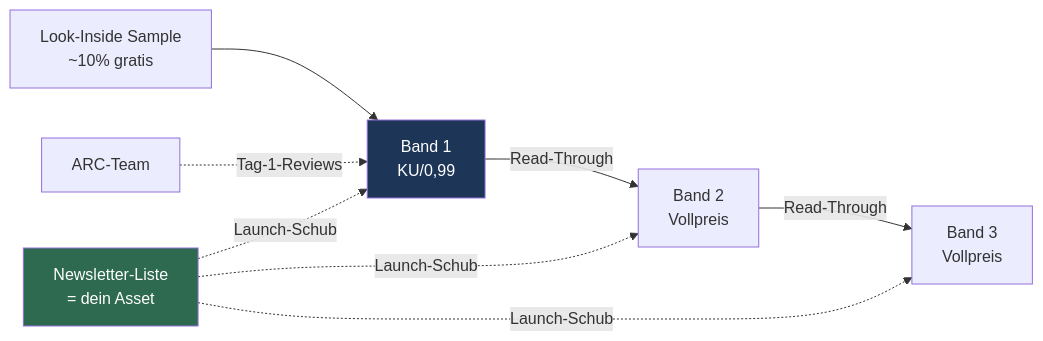
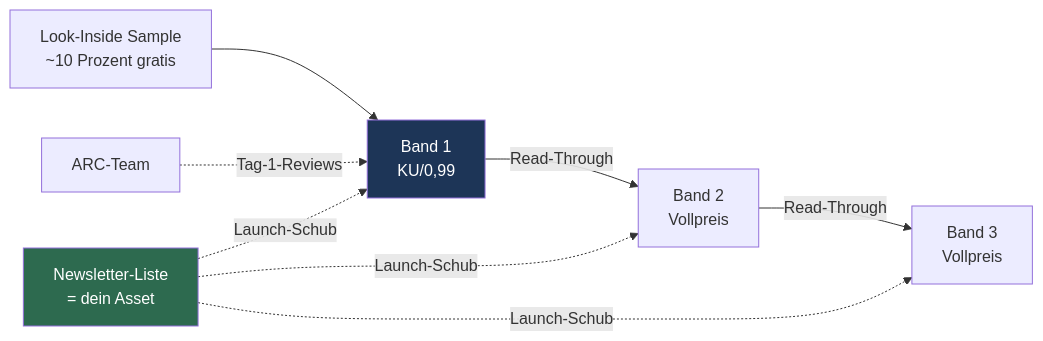
One commit to DerGuru/ThePounty changed the diagram in 06 - KDP/Strategy.md. Above: the diagram before and after it, drawn with Mermaid. The commit also changed other lines of this file and 62 other files, not shown here.

````diff
--- a/06 - KDP/Strategy.md
+++ b/06 - KDP/Strategy.md
@@ -33,12 +33,12 @@
 ```mermaid
 flowchart LR
-    A[Look-Inside Sample<br/>~10% gratis] --> B[Band 1<br/>KU/0,99]
+    A[Look-Inside Sample<br/>~10 Prozent gratis] --> B[Band 1<br/>KU/0,99]
     B -->|Read-Through| C[Band 2<br/>Vollpreis]
     C -->|Read-Through| D[Band 3<br/>Vollpreis]
     N[Newsletter-Liste<br/>= dein Asset] -.Launch-Schub.-> B
     N -.Launch-Schub.-> C
     N -.Launch-Schub.-> D
     ARC[ARC-Team] -.Tag-1-Reviews.-> B
     style N fill:#2d6a4f,color:#fff
     style B fill:#1d3557,color:#fff
 ```
````
